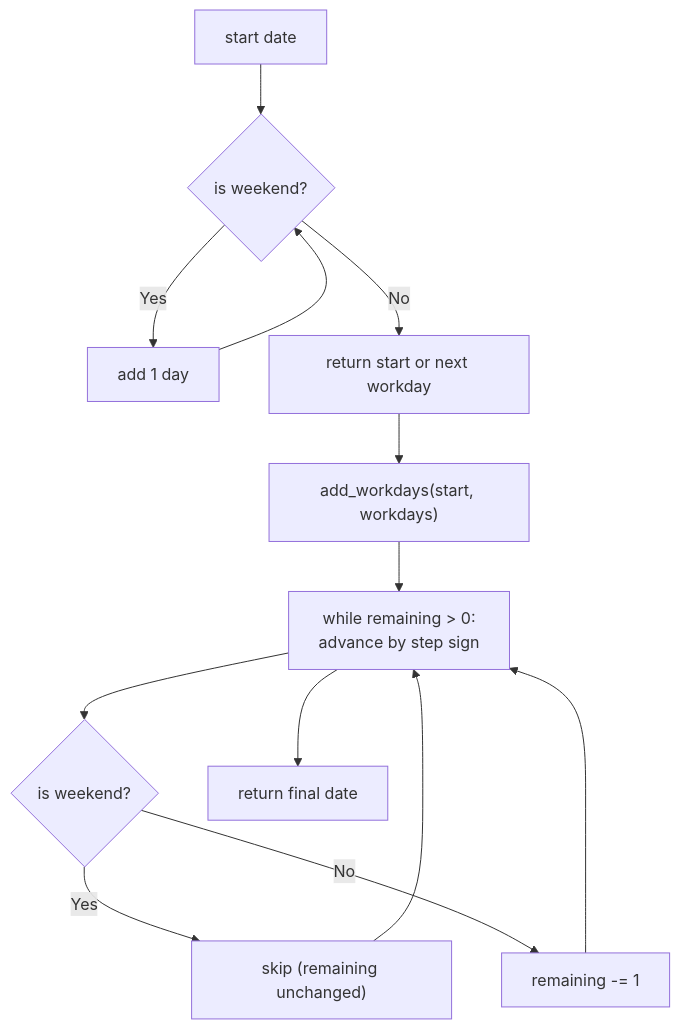
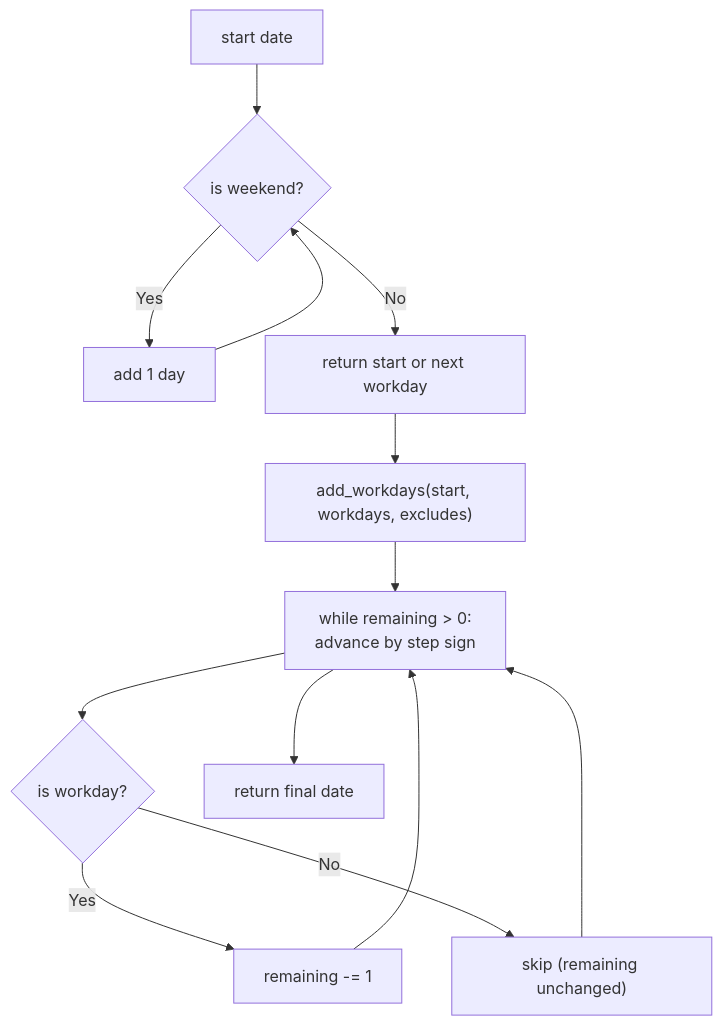
One commit to asukhodko/opskarta changed the fifth of 10 diagrams in .qoder/repowiki/en/content/Tooling and Utilities/Rendering Engine.md. Above: the diagram before and after it, drawn with Mermaid. The commit also changed other lines of this file and 7 other files, not shown here.

````diff
--- a/.qoder/repowiki/en/content/Tooling and Utilities/Rendering Engine.md
+++ b/.qoder/repowiki/en/content/Tooling and Utilities/Rendering Engine.md
@@ -209,14 +276,14 @@
 ```mermaid
 flowchart TD
 D0["start date"] --> WDCheck{"is weekend?"}
 WDCheck --> |Yes| Inc1["add 1 day"] --> WDCheck
 WDCheck --> |No| DoneNext["return start or next workday"]
-DoneNext --> AddWD["add_workdays(start, workdays)"]
+DoneNext --> AddWD["add_workdays(start, workdays, excludes)"]
 AddWD --> Step["while remaining > 0:<br/>advance by step sign"]
-Step --> IsWD{"is weekend?"}
-IsWD --> |Yes| Skip["skip (remaining unchanged)"]
-IsWD --> |No| Dec["remaining -= 1"]
+Step --> IsWD{"is workday?"}
+IsWD --> |Yes| Dec["remaining -= 1"]
+IsWD --> |No| Skip["skip (remaining unchanged)"]
 Skip --> Step
 Dec --> Step
 Step --> DoneWD["return final date"]
 ```
````
